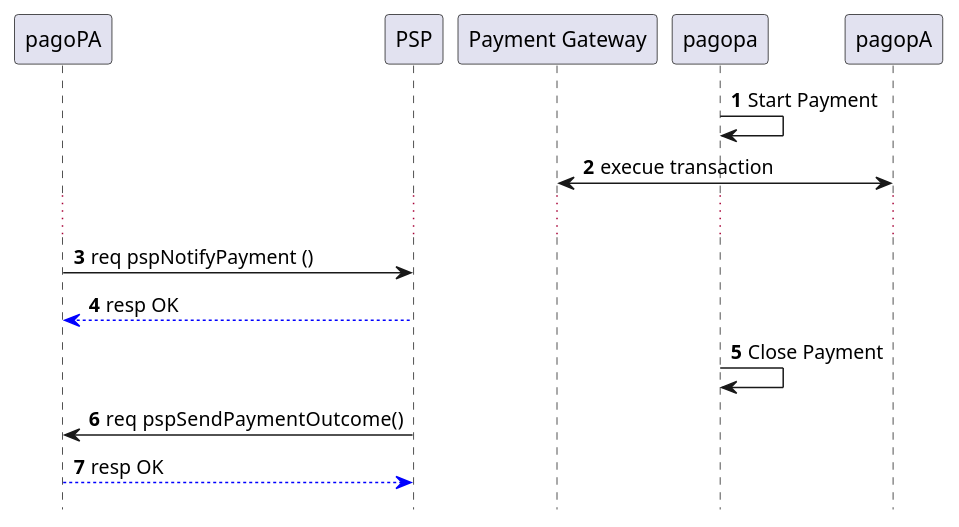
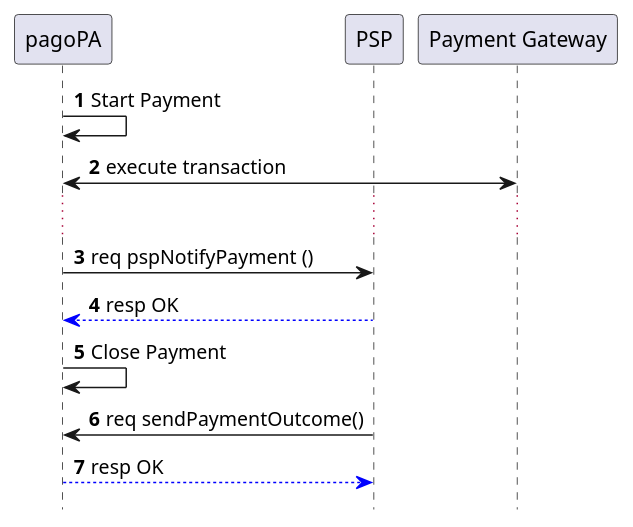
One commit to pagopa-archive/pagopa-specifichepagamenti-docs changed the diagram in puml-diagrams/sd_pagamento_wallet.puml. Above: the diagram before and after it, drawn with PlantUML.

Commit message:
(fix) andreapasuch diagram fix

```diff
--- a/puml-diagrams/sd_pagamento_wallet.puml
+++ b/puml-diagrams/sd_pagamento_wallet.puml
@@ -1,20 +1,20 @@
 @startuml
 hide footbox
-autonumber 
+autonumber
 
 participant nodo as "pagoPA"
 participant psp as "PSP"
 participant pg as "Payment Gateway"
 
-pagopa -> pagopa : Start Payment 
-pagopA <-> pg : execue transaction
+nodo -> nodo : Start Payment
+nodo <-> pg : execute transaction
 ...
 
 nodo -> psp : req pspNotifyPayment ()
 psp -[#blue]-> nodo : resp OK
 
-pagopa -> pagopa : Close Payment
+nodo -> nodo : Close Payment
 
-psp -> nodo : req  pspSendPaymentOutcome()
+psp -> nodo : req sendPaymentOutcome()
 nodo -[#blue]-> psp : resp OK
 @enduml
```
